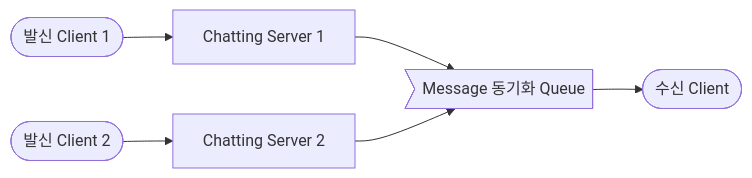
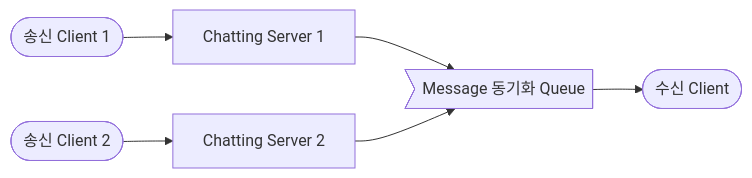
One commit to choesimin/choesimin.github.io changed the fifth of 8 diagrams in _drafts/skills/system-design/chatting.md. Above: the diagram before and after it, drawn with Mermaid. The commit also changed other lines of this file, not shown here.

````diff
--- a/_drafts/skills/system-design/chatting.md
+++ b/_drafts/skills/system-design/chatting.md
@@ -154,17 +154,17 @@
 ```mermaid
 flowchart LR
 
-sender_1([발신 Client 1])
-sender_2([발신 Client 2])
-receiver([수신 Client])
+sender_1([송신 Client 1])
+sender_2([송신 Client 2])
+recipient([수신 Client])
 
 chatting_server_1[Chatting Server 1]
 chatting_server_2[Chatting Server 2]
 message_sync_queue>Message 동기화 Queue]
 
 sender_1 --> chatting_server_1
 sender_2 --> chatting_server_2
 chatting_server_1 --> message_sync_queue
 chatting_server_2 --> message_sync_queue
-message_sync_queue --> receiver
+message_sync_queue --> recipient
 ```
````
